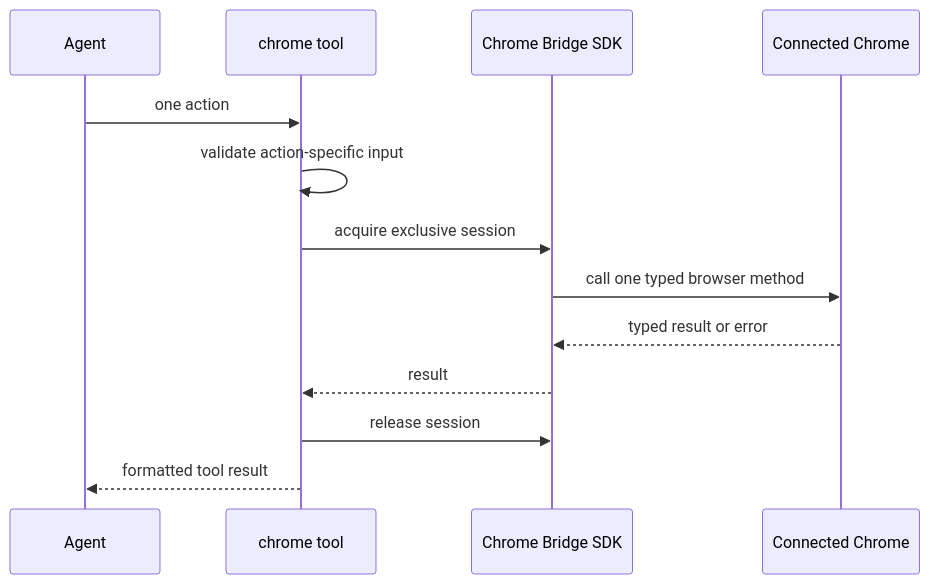
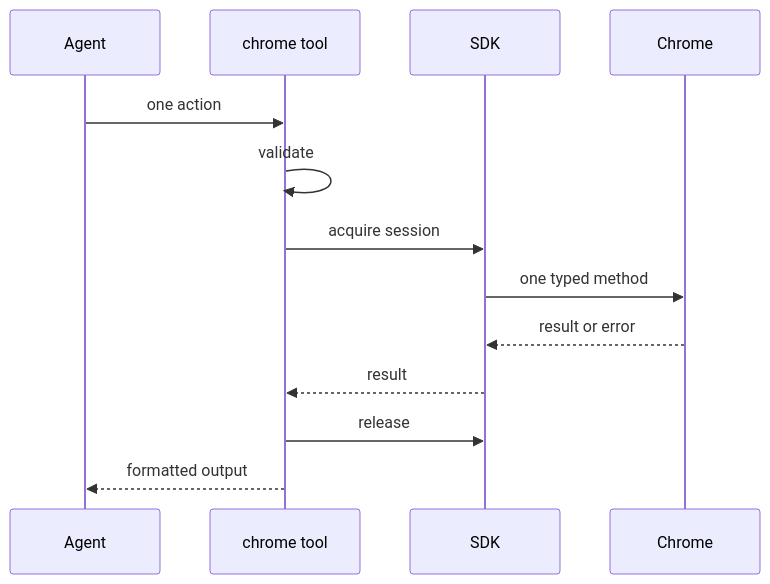
Before and after one commit to kiarina/kiari: the second of 2 diagrams in docs/concepts/chrome-tool-and-bridge.md, drawn with Mermaid. The commit also changed other lines of this file and 19 other files, not shown here.

````diff
--- a/docs/concepts/chrome-tool-and-bridge.md
+++ b/docs/concepts/chrome-tool-and-bridge.md
@@ -83,16 +75,16 @@
 ```mermaid
 sequenceDiagram
     participant A as Agent
     participant T as chrome tool
-    participant S as Chrome Bridge SDK
-    participant C as Connected Chrome
+    participant S as SDK
+    participant C as Chrome
 
     A->>T: one action
-    T->>T: validate action-specific input
-    T->>S: acquire exclusive session
-    S->>C: call one typed browser method
-    C-->>S: typed result or error
+    T->>T: validate
+    T->>S: acquire session
+    S->>C: one typed method
+    C-->>S: result or error
     S-->>T: result
-    T->>S: release session
-    T-->>A: formatted tool result
+    T->>S: release
+    T-->>A: formatted output
 ```
````
